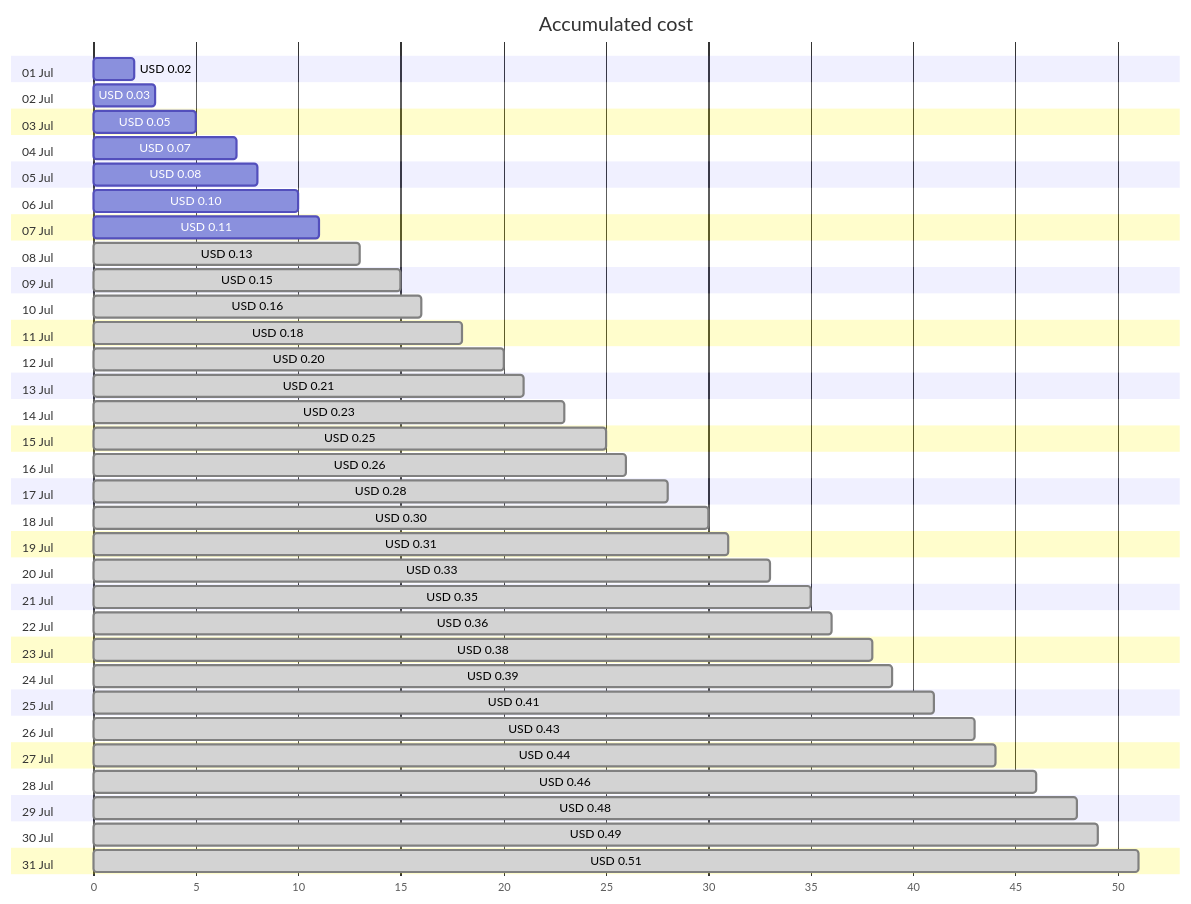
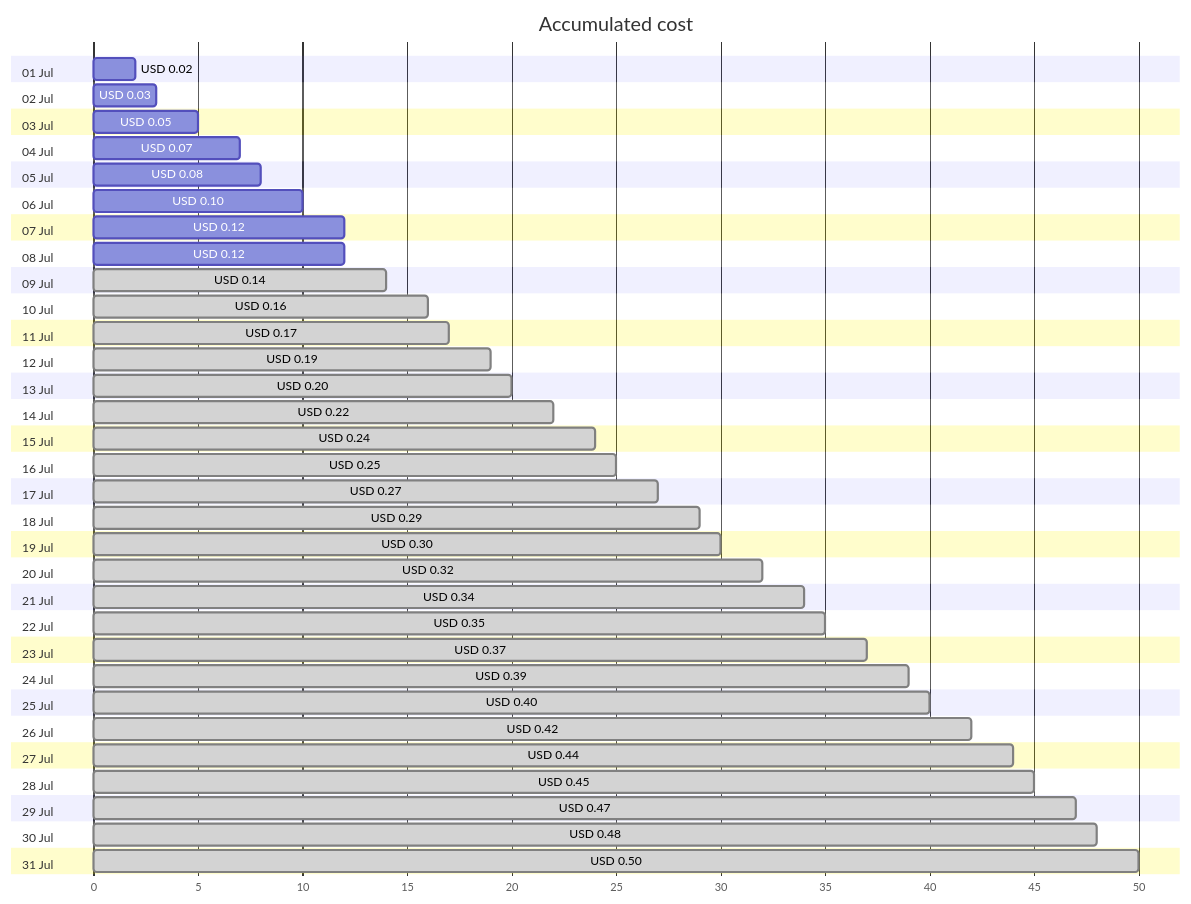
One commit to jpfulton/azure-personal-reports changed the first of 4 diagrams in cost-reports/personal-dns/jpatrickfulton.dev.md. Above: the diagram before and after it, drawn with Mermaid. The commit also changed other lines of this file and 2 other files, not shown here.

Commit message:
Generated reports [skip ci]

````diff
--- a/cost-reports/personal-dns/jpatrickfulton.dev.md
+++ b/cost-reports/personal-dns/jpatrickfulton.dev.md
@@ -20,68 +20,68 @@
 ```mermaid
 gantt
    title Accumulated cost
    dateFormat  X
    axisFormat %s
    section 01 Jul
    USD 0.02 :0, 2
    section 02 Jul
    USD 0.03 :0, 3
    section 03 Jul
    USD 0.05 :0, 5
    section 04 Jul
    USD 0.07 :0, 7
    section 05 Jul
    USD 0.08 :0, 8
    section 06 Jul
    USD 0.10 :0, 10
    section 07 Jul
-   USD 0.11 :0, 11
+   USD 0.12 :0, 12
    section 08 Jul
-   USD 0.13 : done, 0, 13
+   USD 0.12 :0, 12
    section 09 Jul
-   USD 0.15 : done, 0, 15
+   USD 0.14 : done, 0, 14
    section 10 Jul
    USD 0.16 : done, 0, 16
    section 11 Jul
-   USD 0.18 : done, 0, 18
+   USD 0.17 : done, 0, 17
    section 12 Jul
+   USD 0.19 : done, 0, 19
+   section 13 Jul
    USD 0.20 : done, 0, 20
-   section 13 Jul
-   USD 0.21 : done, 0, 21
    section 14 Jul
-   USD 0.23 : done, 0, 23
+   USD 0.22 : done, 0, 22
    section 15 Jul
+   USD 0.24 : done, 0, 24
+   section 16 Jul
    USD 0.25 : done, 0, 25
-   section 16 Jul
-   USD 0.26 : done, 0, 26
    section 17 Jul
-   USD 0.28 : done, 0, 28
+   USD 0.27 : done, 0, 27
    section 18 Jul
+   USD 0.29 : done, 0, 29
+   section 19 Jul
    USD 0.30 : done, 0, 30
-   section 19 Jul
-   USD 0.31 : done, 0, 31
    section 20 Jul
-   USD 0.33 : done, 0, 33
+   USD 0.32 : done, 0, 32
    section 21 Jul
+   USD 0.34 : done, 0, 34
+   section 22 Jul
    USD 0.35 : done, 0, 35
-   section 22 Jul
-   USD 0.36 : done, 0, 36
    section 23 Jul
-   USD 0.38 : done, 0, 38
+   USD 0.37 : done, 0, 37
    section 24 Jul
    USD 0.39 : done, 0, 39
    section 25 Jul
-   USD 0.41 : done, 0, 41
+   USD 0.40 : done, 0, 40
    section 26 Jul
-   USD 0.43 : done, 0, 43
+   USD 0.42 : done, 0, 42
    section 27 Jul
    USD 0.44 : done, 0, 44
    section 28 Jul
-   USD 0.46 : done, 0, 46
+   USD 0.45 : done, 0, 45
    section 29 Jul
+   USD 0.47 : done, 0, 47
+   section 30 Jul
    USD 0.48 : done, 0, 48
-   section 30 Jul
-   USD 0.49 : done, 0, 49
    section 31 Jul
-   USD 0.51 : done, 0, 51
+   USD 0.50 : done, 0, 50
 ```
````
